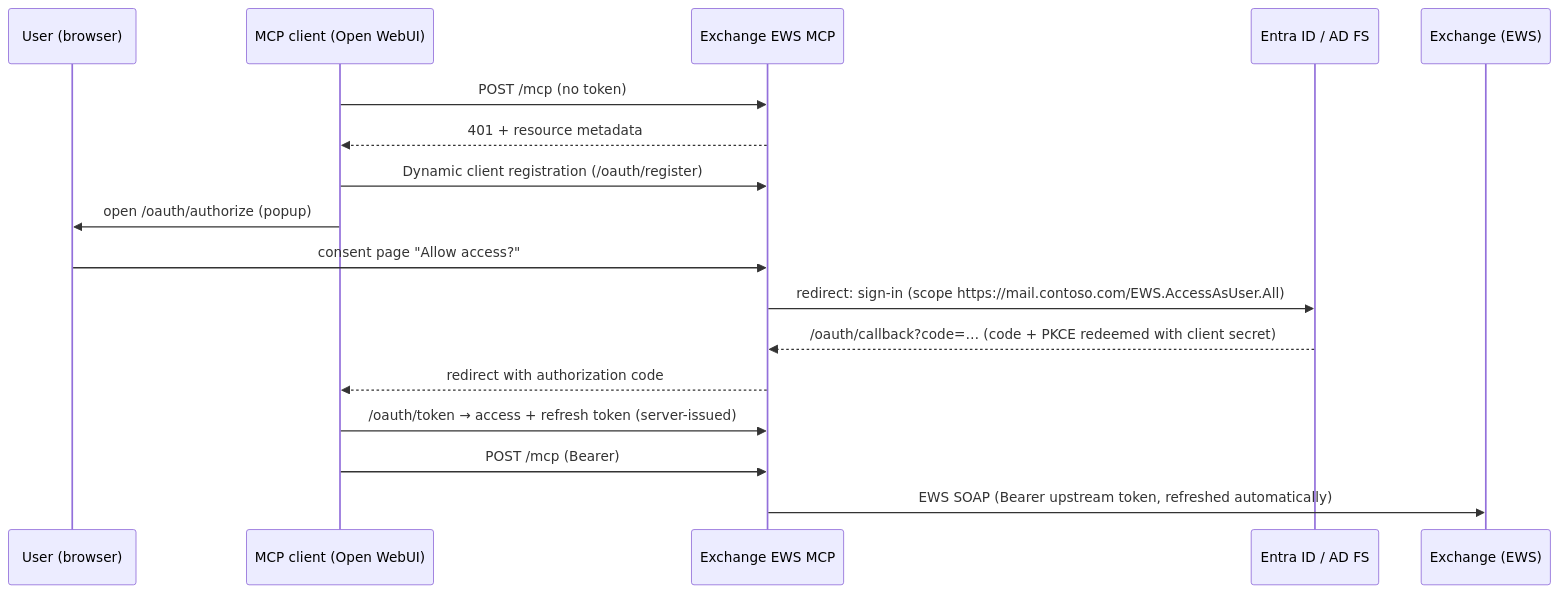
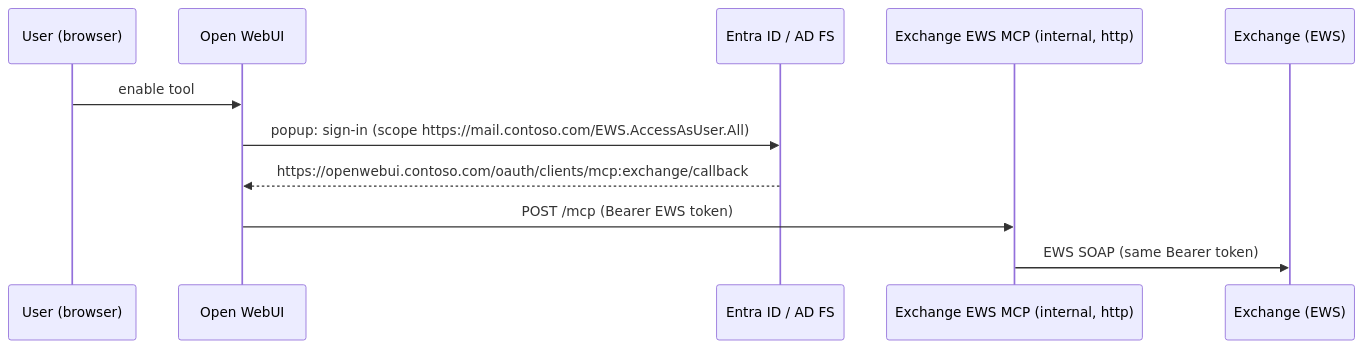
Before and after one commit to Seji64/exchange-ews-mcp: the diagram in README.md, drawn with Mermaid. The commit also changed other lines of this file and 8 other files, not shown here.

First line of the commit message:
Add passthrough auth mode for Open WebUI "OAuth 2.1 (Static)"

````diff
--- a/README.md
+++ b/README.md
@@ -15,20 +18,14 @@
 ```mermaid
 sequenceDiagram
     participant U as User (browser)
-    participant C as MCP client (Open WebUI)
-    participant S as Exchange EWS MCP
+    participant W as Open WebUI
     participant I as Entra ID / AD FS
+    participant S as Exchange EWS MCP (internal, http)
     participant X as Exchange (EWS)
 
-    C->>S: POST /mcp (no token)
-    S-->>C: 401 + resource metadata
-    C->>S: Dynamic client registration (/oauth/register)
-    C->>U: open /oauth/authorize (popup)
-    U->>S: consent page "Allow access?"
-    S->>I: redirect: sign-in (scope https://mail.contoso.com/EWS.AccessAsUser.All)
-    I-->>S: /oauth/callback?code=…  (code + PKCE redeemed with client secret)
-    S-->>C: redirect with authorization code
-    C->>S: /oauth/token → access + refresh token (server-issued)
-    C->>S: POST /mcp (Bearer)
-    S->>X: EWS SOAP (Bearer upstream token, refreshed automatically)
+    U->>W: enable tool
+    W->>I: popup: sign-in (scope https://mail.contoso.com/EWS.AccessAsUser.All)
+    I-->>W: https://openwebui.contoso.com/oauth/clients/mcp:exchange/callback
+    W->>S: POST /mcp (Bearer EWS token)
+    S->>X: EWS SOAP (same Bearer token)
 ```
````
